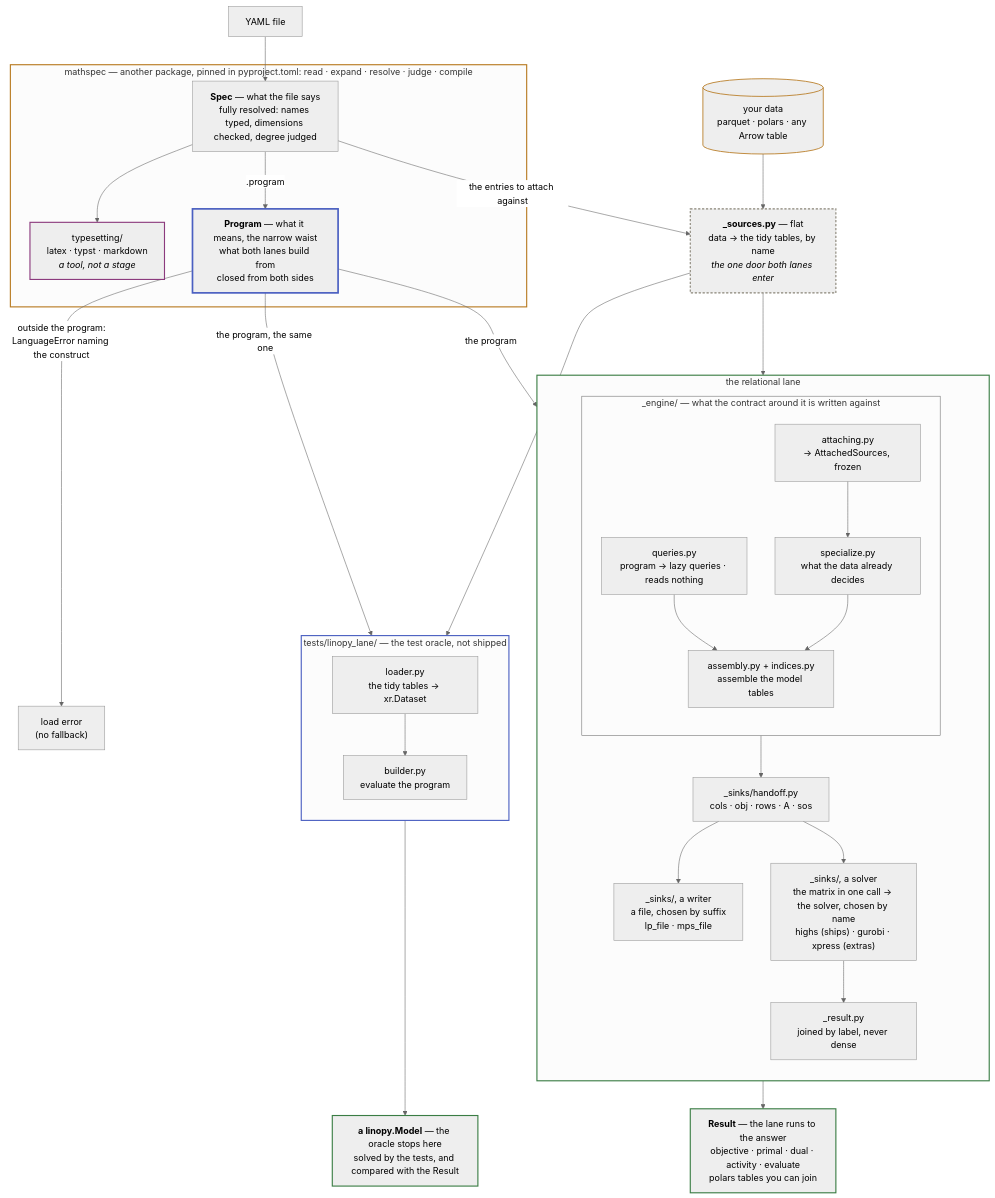
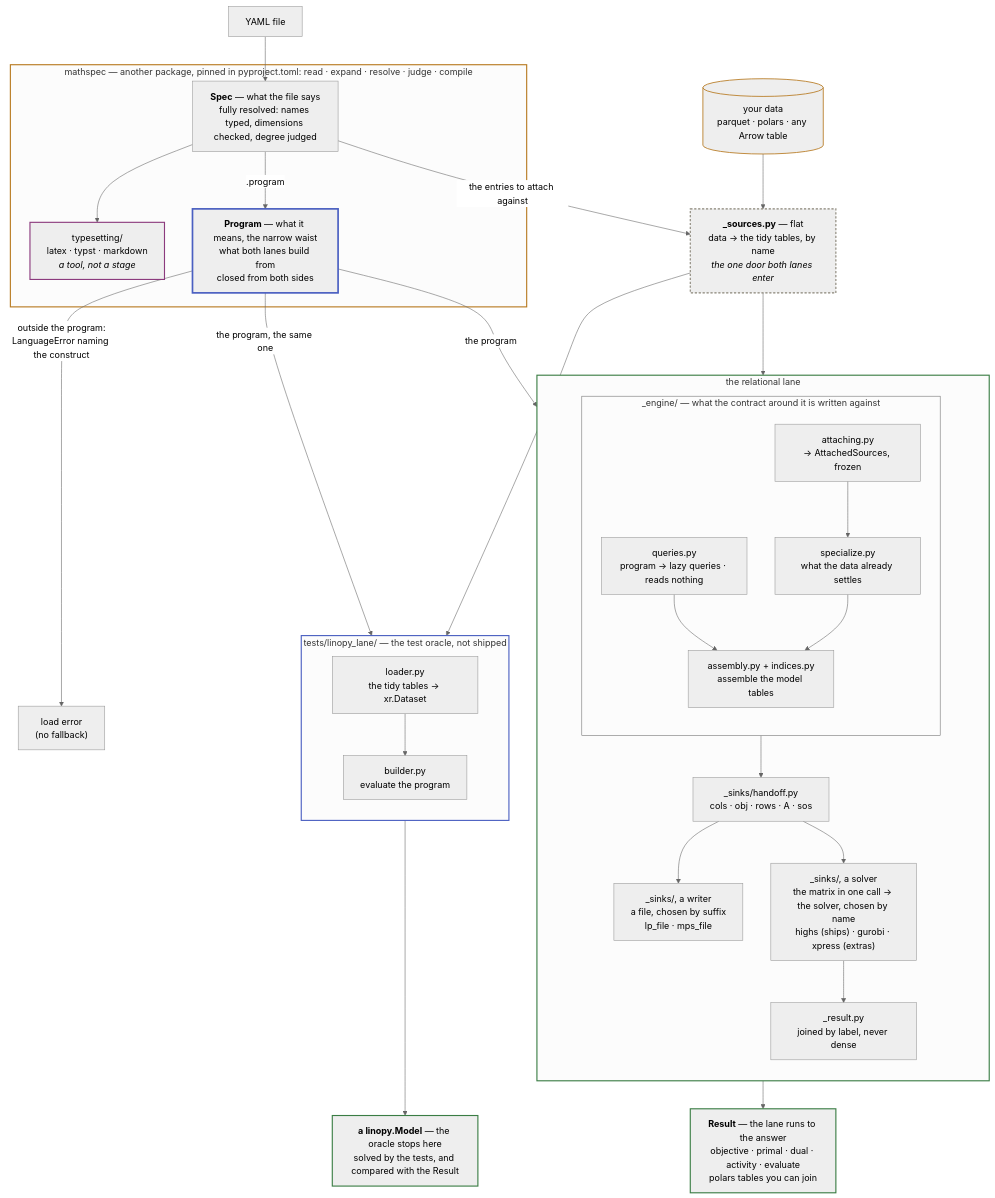
Before and after one commit to fluxopt/specsolve: the diagram in docs/development/architecture.md, drawn with Mermaid (neutral theme). The commit also changed other lines of this file and 20 other files, not shown here.

````diff
--- a/docs/development/architecture.md
+++ b/docs/development/architecture.md
@@ -19,60 +19,60 @@
 ```mermaid
 flowchart TB
     Y[YAML file] --> SPEC
     DATA[("your data<br/>parquet · polars · any Arrow table")] --> SRC
 
     subgraph MS["mathspec — another package, pinned in pyproject.toml: read · expand · resolve · judge · compile"]
         SPEC["<b>Spec</b> — what the file says<br/>fully resolved: names typed, dimensions checked, degree judged"]
         SPEC --> TS["typesetting/<br/>latex · typst · markdown<br/><i>a tool, not a stage</i>"]
         SPEC -->|".program"| PLAN["<b>Program</b> — what it means, the narrow waist<br/>what both lanes build from<br/>closed from both sides"]
     end
 
     SPEC -->|"the entries to attach against"| SRC
     SRC["<b>_sources.py</b> — flat<br/>data → the tidy tables, by name<br/><i>the one door both lanes enter</i>"]
 
     PLAN -->|"outside the program:<br/>LanguageError naming the construct"| ERR["load error<br/>(no fallback)"]
     PLAN -->|"the program"| QUERIES
     SRC --> ATTACH
     PLAN -->|"the program, the same one"| BUILD
     SRC --> LOAD
 
     subgraph REL["the relational lane"]
         direction TB
         subgraph ENG["_engine/ — what the contract around it is written against"]
             direction TB
             QUERIES["queries.py<br/>program → lazy queries · reads nothing"] --> ENGINE
-            ATTACH["attaching.py<br/>→ AttachedSources, frozen"] --> SPECIALIZE["specialize.py<br/>what the data already decides"]
+            ATTACH["attaching.py<br/>→ AttachedSources, frozen"] --> SPECIALIZE["specialize.py<br/>what the data already settles"]
             SPECIALIZE --> ENGINE["assembly.py + indices.py<br/>assemble the model tables"]
         end
         ENG --> TABLES["_sinks/handoff.py<br/>cols · obj · rows · A · sos"]
         TABLES --> LPS["_sinks/, a writer<br/>a file, chosen by suffix<br/>lp_file · mps_file"]
         TABLES --> DIRECT["_sinks/, a solver<br/>the matrix in one call → the solver, chosen by name<br/>highs (ships) · gurobi · xpress (extras)"]
         DIRECT --> SOL["_result.py<br/>joined by label, never dense"]
     end
 
     SOL --> ANS["<b>Result</b> — the lane runs to the answer<br/>objective · primal · dual · activity · evaluate<br/>polars tables you can join"]
 
     subgraph LIN["tests/linopy_lane/ — the test oracle, not shipped"]
         direction TB
         LOAD["loader.py<br/>the tidy tables → xr.Dataset"] --> BUILD["builder.py<br/>evaluate the program"]
     end
 
     BUILD --> MODEL["<b>a linopy.Model</b> — the oracle stops here<br/>solved by the tests, and compared with the Result"]
 
     classDef laneL stroke:#b7791f,stroke-width:2px
     classDef laneR stroke:#3a7d44,stroke-width:2px
     classDef laneE stroke:#4a5fc1,stroke-width:2px
     classDef laneT stroke:#8b3a7d,stroke-width:2px
     classDef waist stroke:#4a5fc1,stroke-width:3px
     classDef flat stroke:#8a8578,stroke-width:2px,stroke-dasharray:4 3
     classDef data stroke:#b7791f,stroke-width:1.5px
     classDef out stroke:#3a7d44,stroke-width:2px
     class MS laneL
     class REL laneR
     class LIN laneE
     class TS laneT
     class PLAN waist
     class SRC flat
     class DATA data
     class ANS,MODEL out
 ```
````
